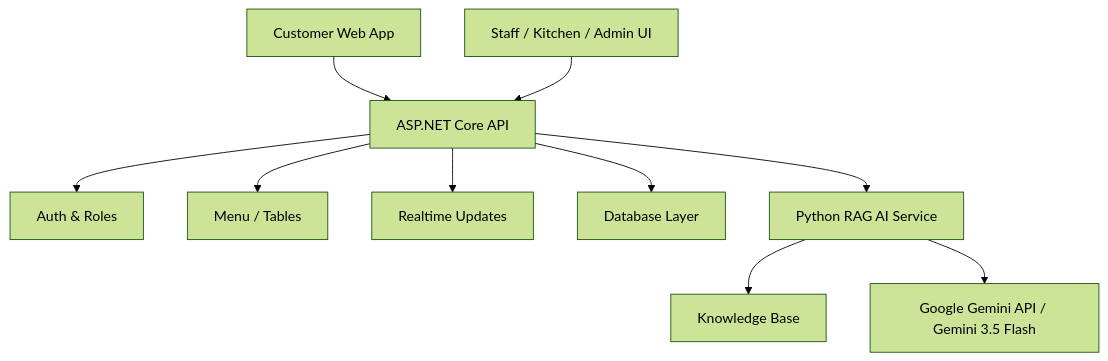
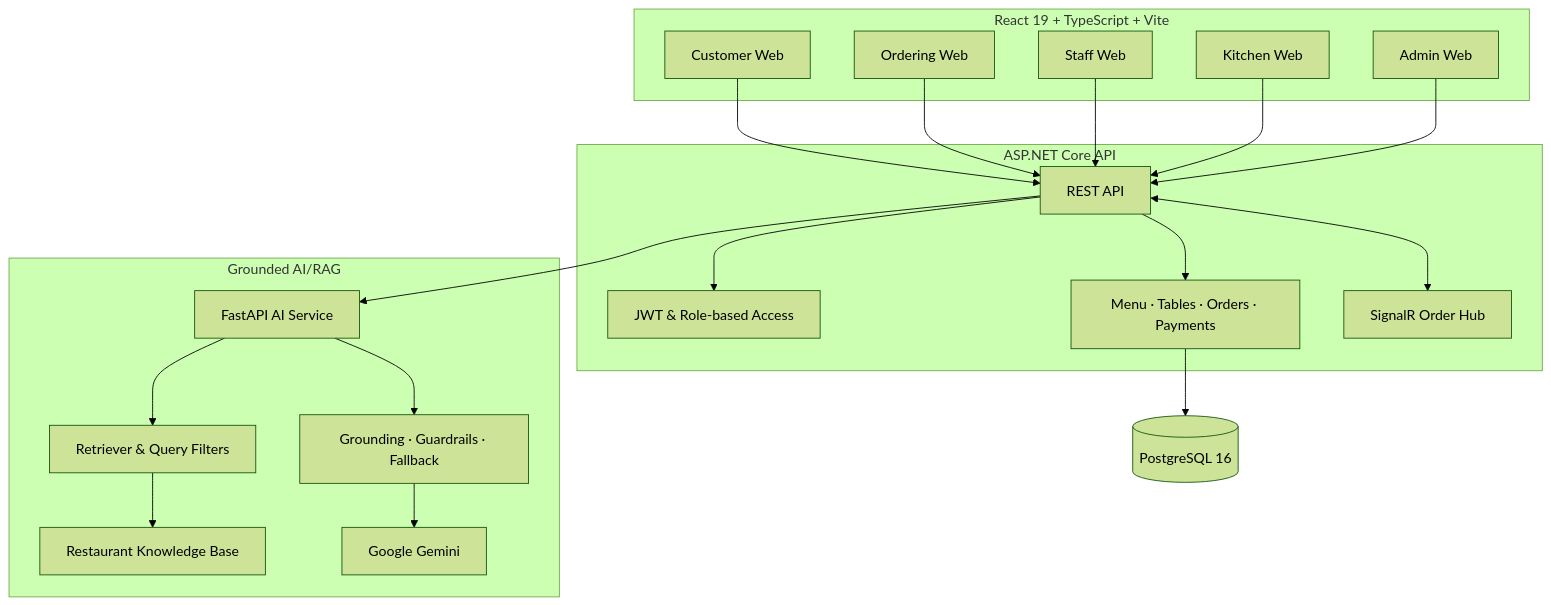
The second of 2 diagrams in README.md (Anpham120/restaurant-qr-ai-ordering), drawn with Mermaid (forest theme) before and after one commit. The commit also changed other lines of this file and 2 other files, not shown here.

Commit message:
docs: professionalize GitHub presentation

````diff
--- a/README.md
+++ b/README.md
@@ -77,12 +93,36 @@
 ```mermaid
 flowchart TB
-  Customer["Customer Web App"] --> API["ASP.NET Core API"]
-  Staff["Staff / Kitchen / Admin UI"] --> API
-  API --> Auth["Auth & Roles"]
-  API --> Menu["Menu / Tables"]
-  API --> Realtime["Realtime Updates"]
-  API --> Data["Database Layer"]
-  API --> AiService["Python RAG AI Service"]
-  AiService --> RAG["Knowledge Base"]
-  AiService --> Gemini["Google Gemini API / Gemini 3.5 Flash"]
+  subgraph Clients["React 19 + TypeScript + Vite"]
+    Customer["Customer Web"]
+    Ordering["Ordering Web"]
+    Staff["Staff Web"]
+    Kitchen["Kitchen Web"]
+    Admin["Admin Web"]
+  end
+
+  Customer --> API
+  Ordering --> API
+  Staff --> API
+  Kitchen --> API
+  Admin --> API
+
+  subgraph Backend["ASP.NET Core API"]
+    API["REST API"]
+    Auth["JWT & Role-based Access"]
+    Orders["Menu · Tables · Orders · Payments"]
+    Hub["SignalR Order Hub"]
+  end
+
+  API --> Auth
+  API --> Orders
+  API <--> Hub
+  Orders --> DB[("PostgreSQL 16")]
+  API --> AI["FastAPI AI Service"]
+
+  subgraph Intelligence["Grounded AI/RAG"]
+    AI --> Retriever["Retriever & Query Filters"]
+    Retriever --> KB["Restaurant Knowledge Base"]
+    AI --> Guardrails["Grounding · Guardrails · Fallback"]
+    Guardrails --> LLM["Google Gemini"]
+  end
 ```
````
